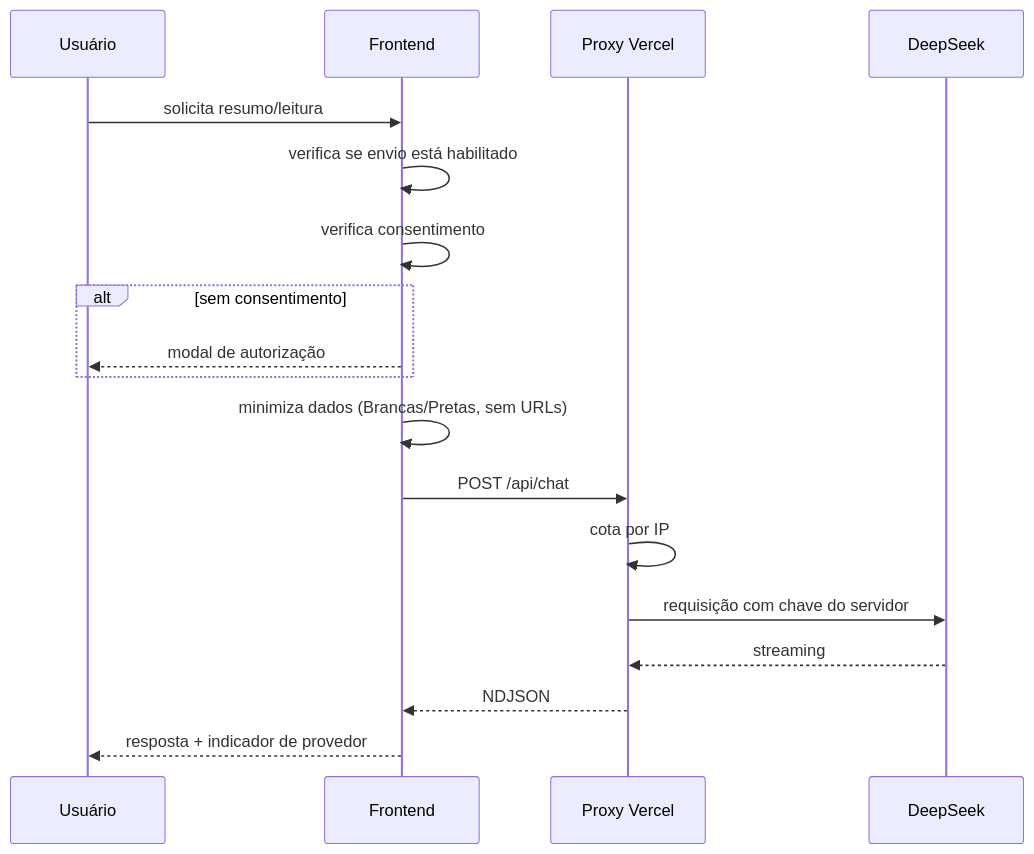
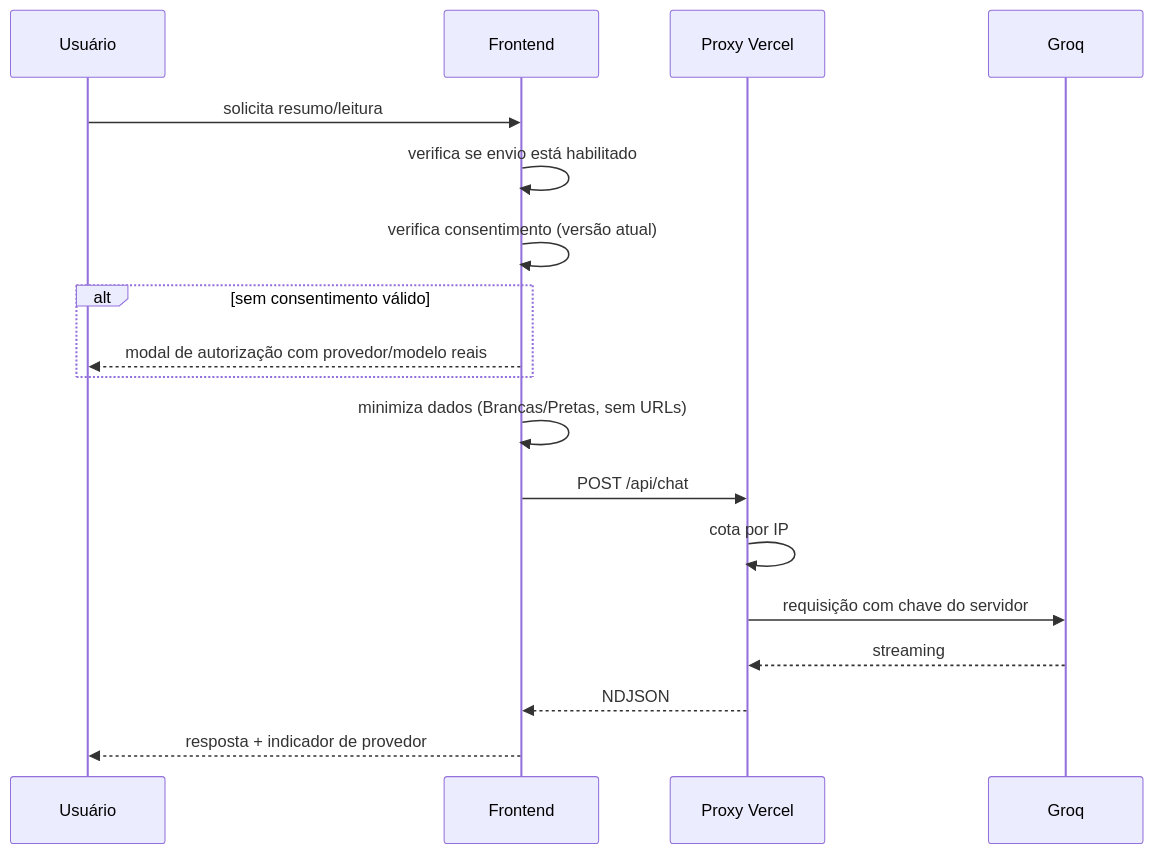
One commit to AdemisCst/Chess-Analysis changed the third of 3 diagrams in docs/ARQUITETURA-INTEGRACAO.md. Above: the diagram before and after it, drawn with Mermaid. The commit also changed other lines of this file and 11 other files, not shown here.

First line of the commit message:
feat(ai): padronizar Groq, consentimento v2 e teto de tokens

````diff
--- a/docs/ARQUITETURA-INTEGRACAO.md
+++ b/docs/ARQUITETURA-INTEGRACAO.md
@@ -252,20 +262,20 @@
 ```mermaid
 sequenceDiagram
     participant U as Usuário
     participant F as Frontend
     participant P as Proxy Vercel
-    participant D as DeepSeek
+    participant D as Groq
     U->>F: solicita resumo/leitura
     F->>F: verifica se envio está habilitado
-    F->>F: verifica consentimento
-    alt sem consentimento
-        F-->>U: modal de autorização
+    F->>F: verifica consentimento (versão atual)
+    alt sem consentimento válido
+        F-->>U: modal de autorização com provedor/modelo reais
     end
     F->>F: minimiza dados (Brancas/Pretas, sem URLs)
     F->>P: POST /api/chat
     P->>P: cota por IP
     P->>D: requisição com chave do servidor
     D-->>P: streaming
     P-->>F: NDJSON
     F-->>U: resposta + indicador de provedor
 ```
````
